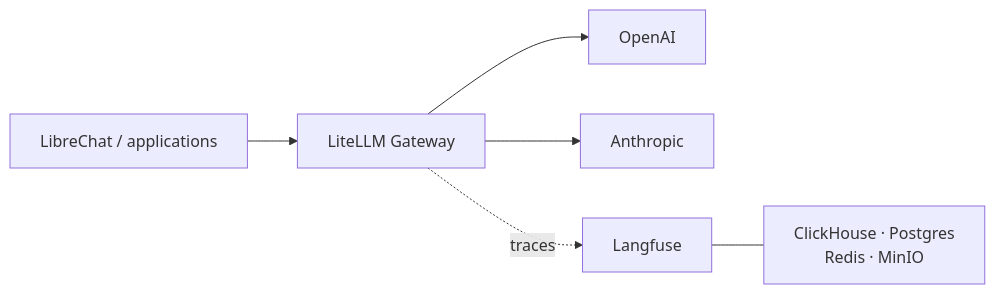
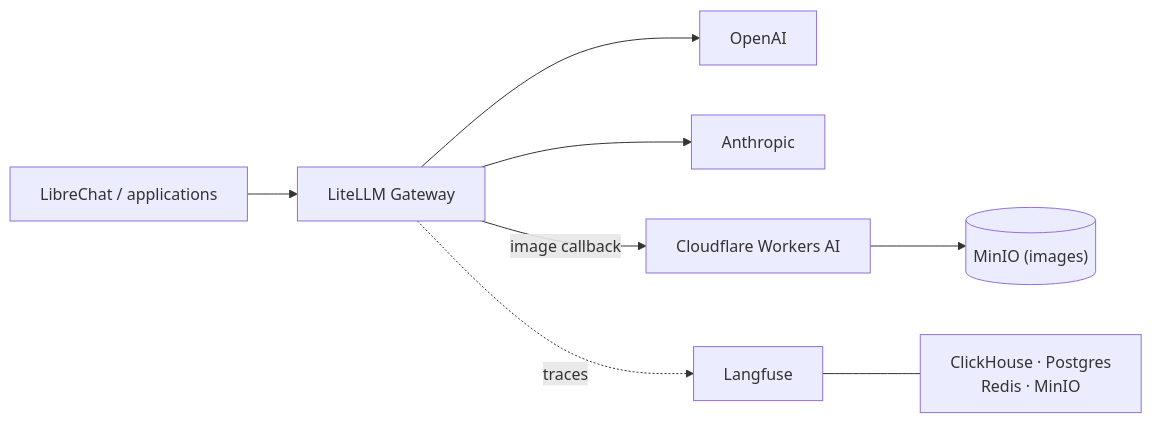
One commit to litkhai/llmops-in-a-box changed the second of 2 diagrams in docs/index.md. Above: the diagram before and after it, drawn with Mermaid. The commit also changed other lines of this file, not shown here.

First line of the commit message:
Update docs/index.md to reflect image generation in Phase 1

````diff
--- a/docs/index.md
+++ b/docs/index.md
@@ -216,15 +230,18 @@
 ```mermaid
 flowchart LR
     C["LibreChat / applications"]
     G["LiteLLM Gateway"]
     O["OpenAI"]
     A["Anthropic"]
+    CF["Cloudflare Workers AI"]
+    IMGMI[("MinIO (images)")]
     L["Langfuse"]
     D["ClickHouse · Postgres<br/>Redis · MinIO"]
 
     C --> G
     G --> O
     G --> A
+    G --"image callback"--> CF --> IMGMI
     G -. traces .-> L
     L --- D
 ```
````
